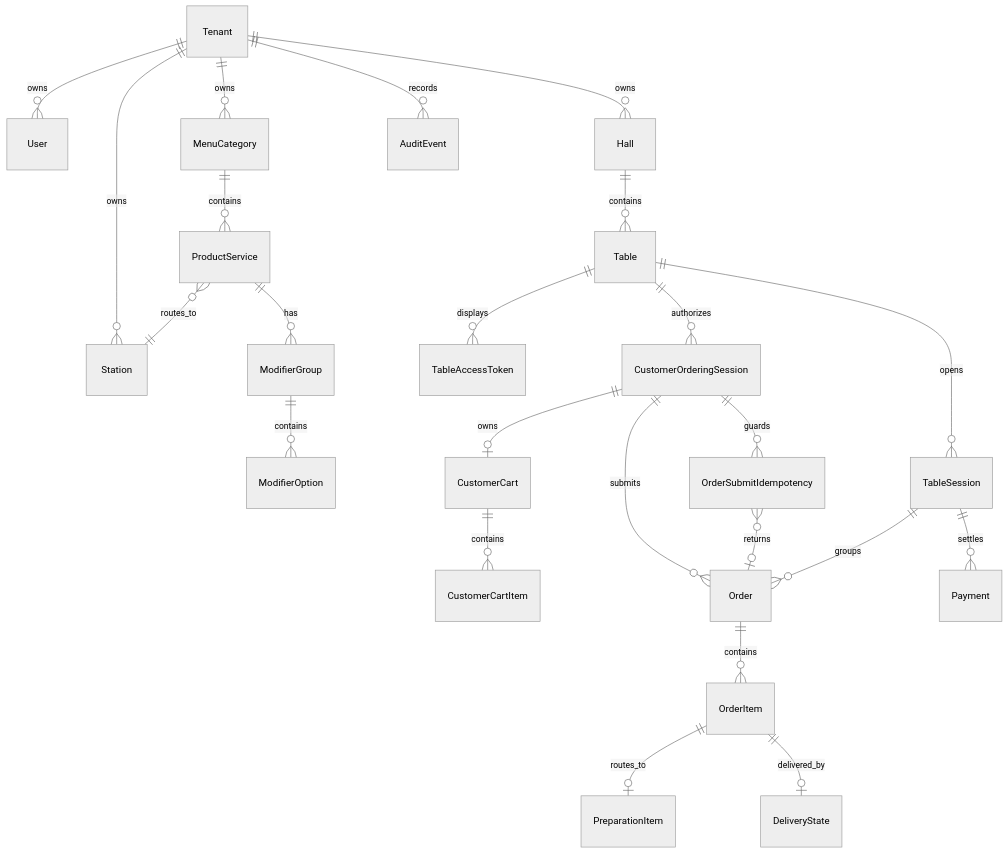
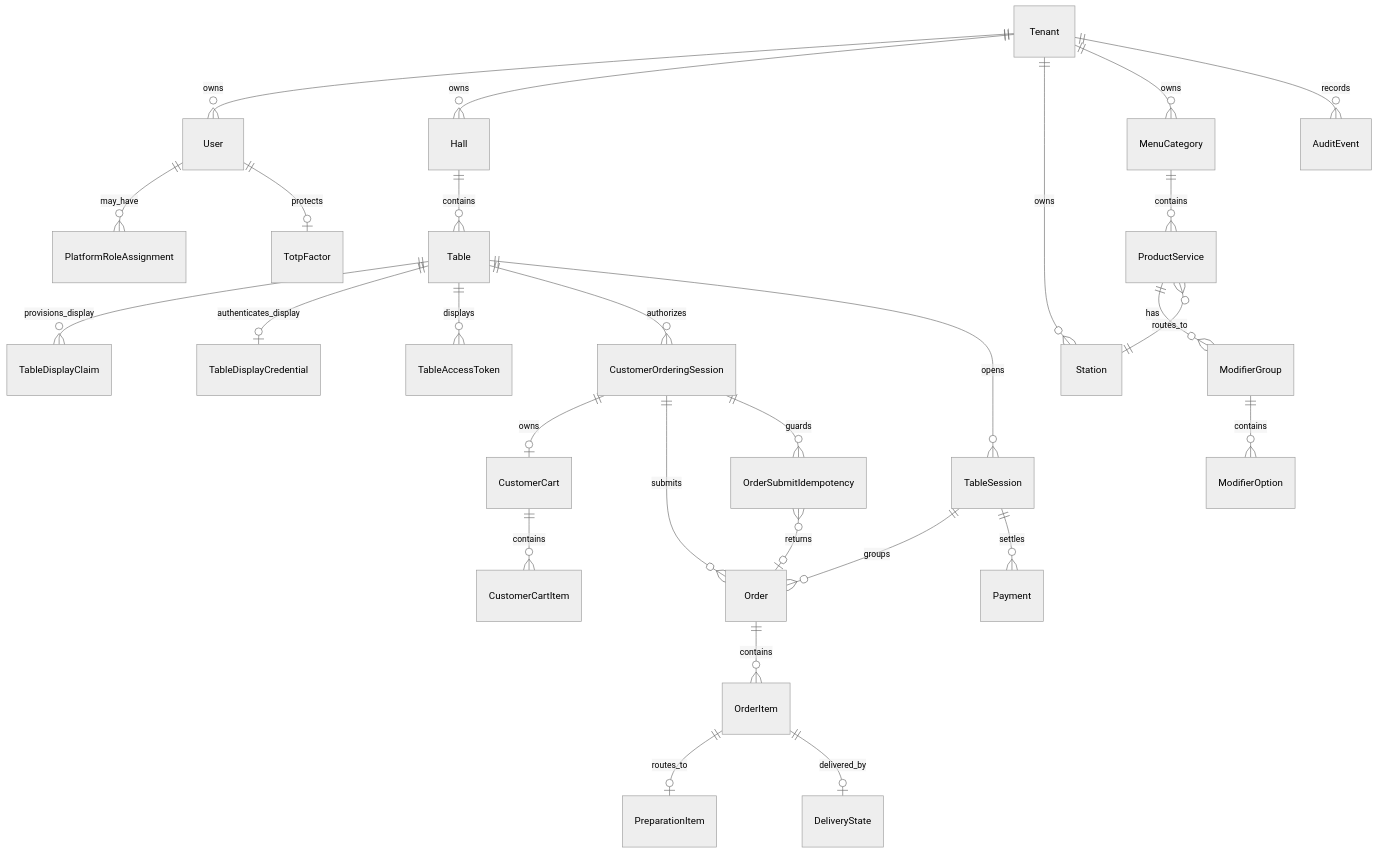
One commit to ferkankaplan/IoTables changed the diagram in docs/data-model.md. Above: the diagram before and after it, drawn with Mermaid (neutral theme). The commit also changed other lines of this file and 12 other files, not shown here.

Commit message:
Lock core architecture decisions

````diff
--- a/docs/data-model.md
+++ b/docs/data-model.md
@@ -18,29 +18,33 @@
 ```mermaid
 erDiagram
   Tenant ||--o{ User : owns
+  User ||--o{ PlatformRoleAssignment : may_have
+  User ||--o| TotpFactor : protects
   Tenant ||--o{ Hall : owns
   Hall ||--o{ Table : contains
+  Table ||--o{ TableDisplayClaim : provisions_display
+  Table ||--o| TableDisplayCredential : authenticates_display
   Tenant ||--o{ Station : owns
   Tenant ||--o{ MenuCategory : owns
   MenuCategory ||--o{ ProductService : contains
   ProductService ||--o{ ModifierGroup : has
   ModifierGroup ||--o{ ModifierOption : contains
   ProductService }o--|| Station : routes_to
 
   Table ||--o{ TableAccessToken : displays
   Table ||--o{ CustomerOrderingSession : authorizes
   Table ||--o{ TableSession : opens
 
   CustomerOrderingSession ||--o| CustomerCart : owns
   CustomerCart ||--o{ CustomerCartItem : contains
   CustomerOrderingSession ||--o{ Order : submits
   CustomerOrderingSession ||--o{ OrderSubmitIdempotency : guards
   OrderSubmitIdempotency }o--o| Order : returns
   TableSession ||--o{ Order : groups
   Order ||--o{ OrderItem : contains
   OrderItem ||--o| PreparationItem : routes_to
   OrderItem ||--o| DeliveryState : delivered_by
 
   TableSession ||--o{ Payment : settles
   Tenant ||--o{ AuditEvent : records
 ```
````
